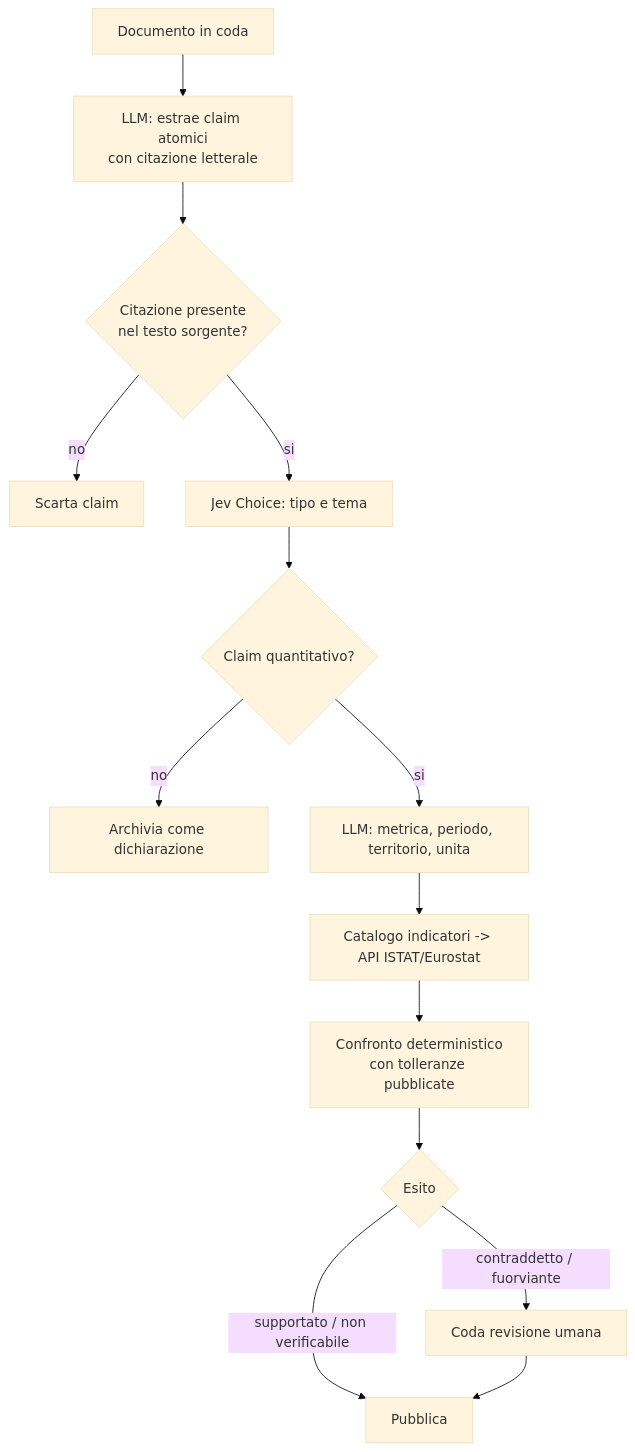
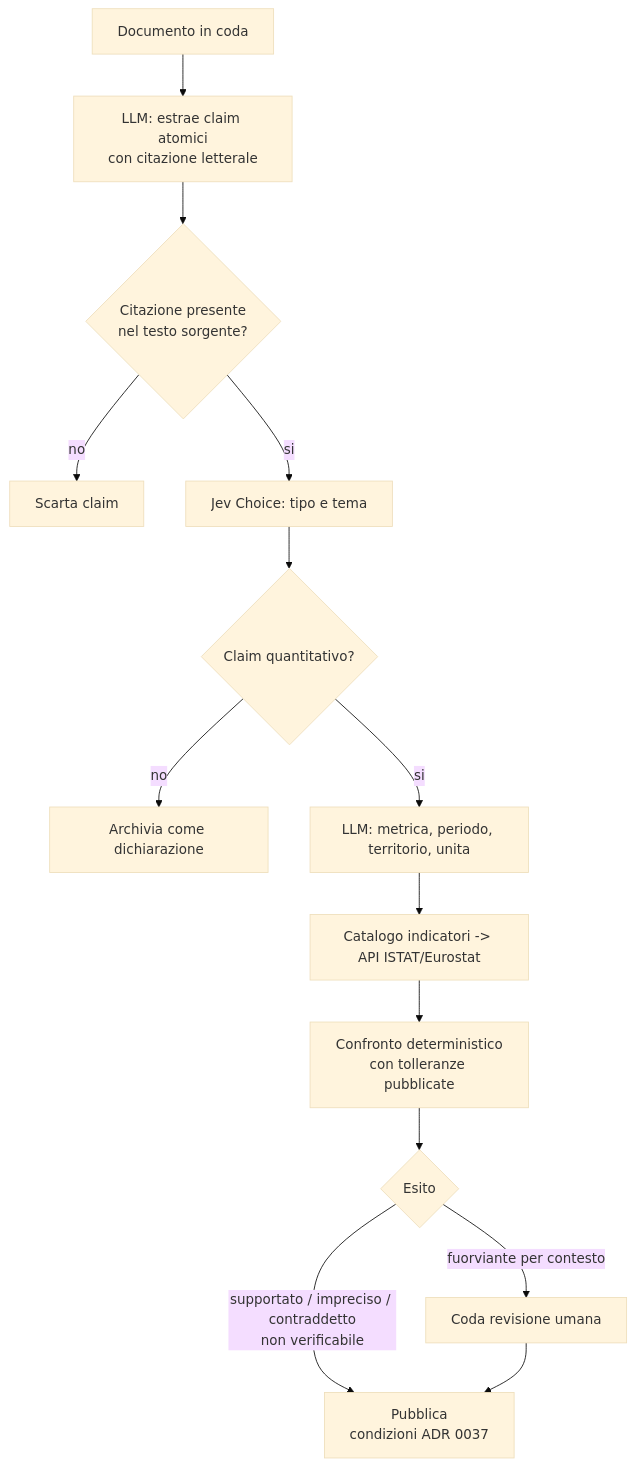
The third of 6 diagrams in adr/architettura-mvp.md (matteolipp98/openpolitica), drawn with Mermaid (base theme) before and after one commit. The commit also changed other lines of this file and 17 other files, not shown here.

````diff
--- a/adr/architettura-mvp.md
+++ b/adr/architettura-mvp.md
@@ -75,15 +75,15 @@
 ```mermaid
 flowchart TB
   A[Documento in coda] --> B[LLM: estrae claim atomici<br/>con citazione letterale]
   B --> C{Citazione presente<br/>nel testo sorgente?}
   C -- no --> X[Scarta claim]
   C -- si --> D[Jev Choice: tipo e tema]
   D --> E{Claim quantitativo?}
   E -- no --> F[Archivia come dichiarazione]
   E -- si --> G[LLM: metrica, periodo, territorio, unita]
   G --> H[Catalogo indicatori -> API ISTAT/Eurostat]
   H --> I[Confronto deterministico<br/>con tolleranze pubblicate]
   I --> J{Esito}
-  J -- supportato / non verificabile --> K[Pubblica]
-  J -- contraddetto / fuorviante --> L[Coda revisione umana] --> K
+  J -- supportato / impreciso / contraddetto<br/>non verificabile --> K[Pubblica<br/>condizioni ADR 0037]
+  J -- fuorviante per contesto --> L[Coda revisione umana] --> K
 ```
````
